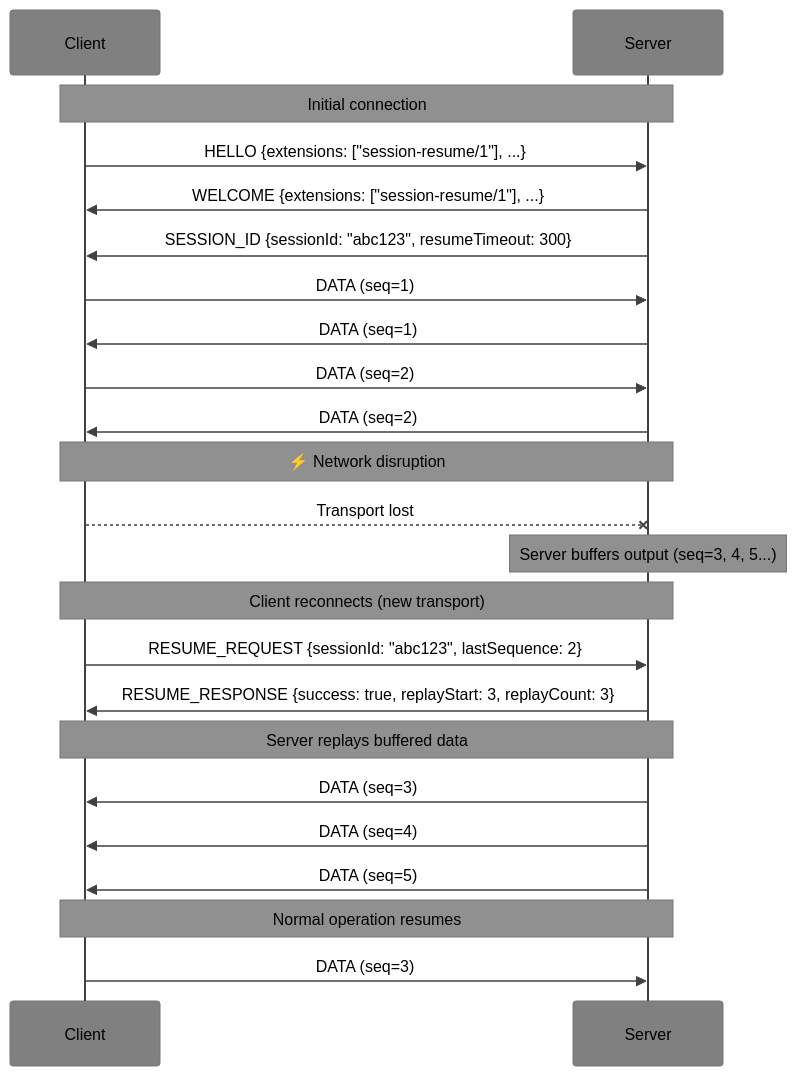
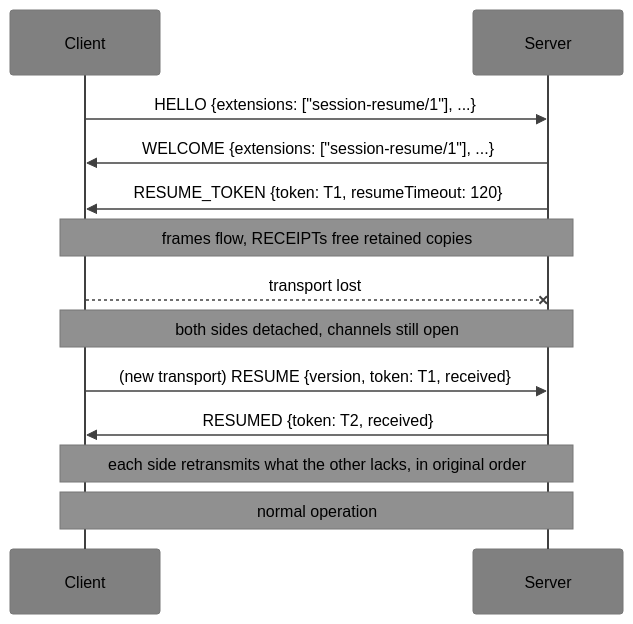
The diagram in spec/extensions/session-resume.md (deftai/xumux), drawn with Mermaid before and after one commit. The commit also changed other lines of this file and 2 other files, not shown here.

First line of the commit message:
design(draft): session-resume/1 for core 0.2 (#7)

````diff
--- a/spec/extensions/session-resume.md
+++ b/spec/extensions/session-resume.md
@@ -134,33 +126,16 @@
 ```mermaid
 %%{init: {'theme': 'base', 'themeVariables': {'primaryTextColor': '#000000', 'secondaryTextColor': '#000000', 'tertiaryTextColor': '#000000', 'noteTextColor': '#000000', 'primaryColor': '#909090', 'secondaryColor': '#808080', 'tertiaryColor': '#707070', 'lineColor': '#404040', 'actorLineColor': '#404040', 'signalColor': '#404040', 'actorBkg': '#808080', 'actorTextColor': '#000000', 'noteBkgColor': '#909090'}}}%%
 sequenceDiagram
     participant C as Client
     participant S as Server
-
-    Note over C,S: Initial connection
     C->>S: HELLO {extensions: ["session-resume/1"], ...}
     S->>C: WELCOME {extensions: ["session-resume/1"], ...}
-    S->>C: SESSION_ID {sessionId: "abc123", resumeTimeout: 300}
-
-    C->>S: DATA (seq=1)
-    S->>C: DATA (seq=1)
-    C->>S: DATA (seq=2)
-    S->>C: DATA (seq=2)
-
-    Note over C,S: ⚡ Network disruption
-    C--xS: Transport lost
-
-    Note over S: Server buffers output (seq=3, 4, 5...)
-
-    Note over C,S: Client reconnects (new transport)
-    C->>S: RESUME_REQUEST {sessionId: "abc123", lastSequence: 2}
-    S->>C: RESUME_RESPONSE {success: true, replayStart: 3, replayCount: 3}
-
-    Note over S,C: Server replays buffered data
-    S->>C: DATA (seq=3)
-    S->>C: DATA (seq=4)
-    S->>C: DATA (seq=5)
-
-    Note over C,S: Normal operation resumes
-    C->>S: DATA (seq=3)
+    S->>C: RESUME_TOKEN {token: T1, resumeTimeout: 120}
+    Note over C,S: frames flow, RECEIPTs free retained copies
+    C--xS: transport lost
+    Note over C,S: both sides detached, channels still open
+    C->>S: (new transport) RESUME {version, token: T1, received}
+    S->>C: RESUMED {token: T2, received}
+    Note over C,S: each side retransmits what the other lacks, in original order
+    Note over C,S: normal operation
 ```
````
